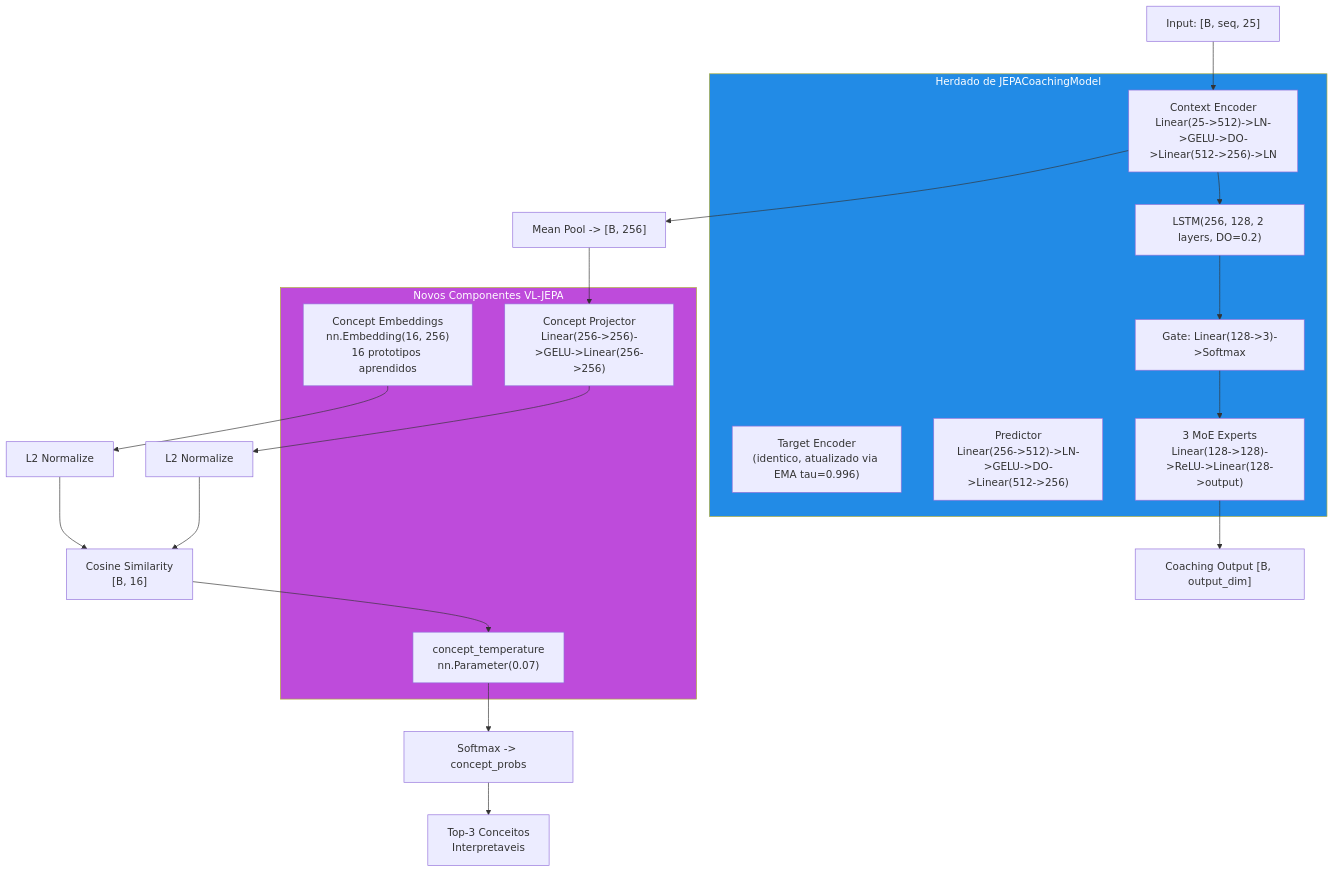
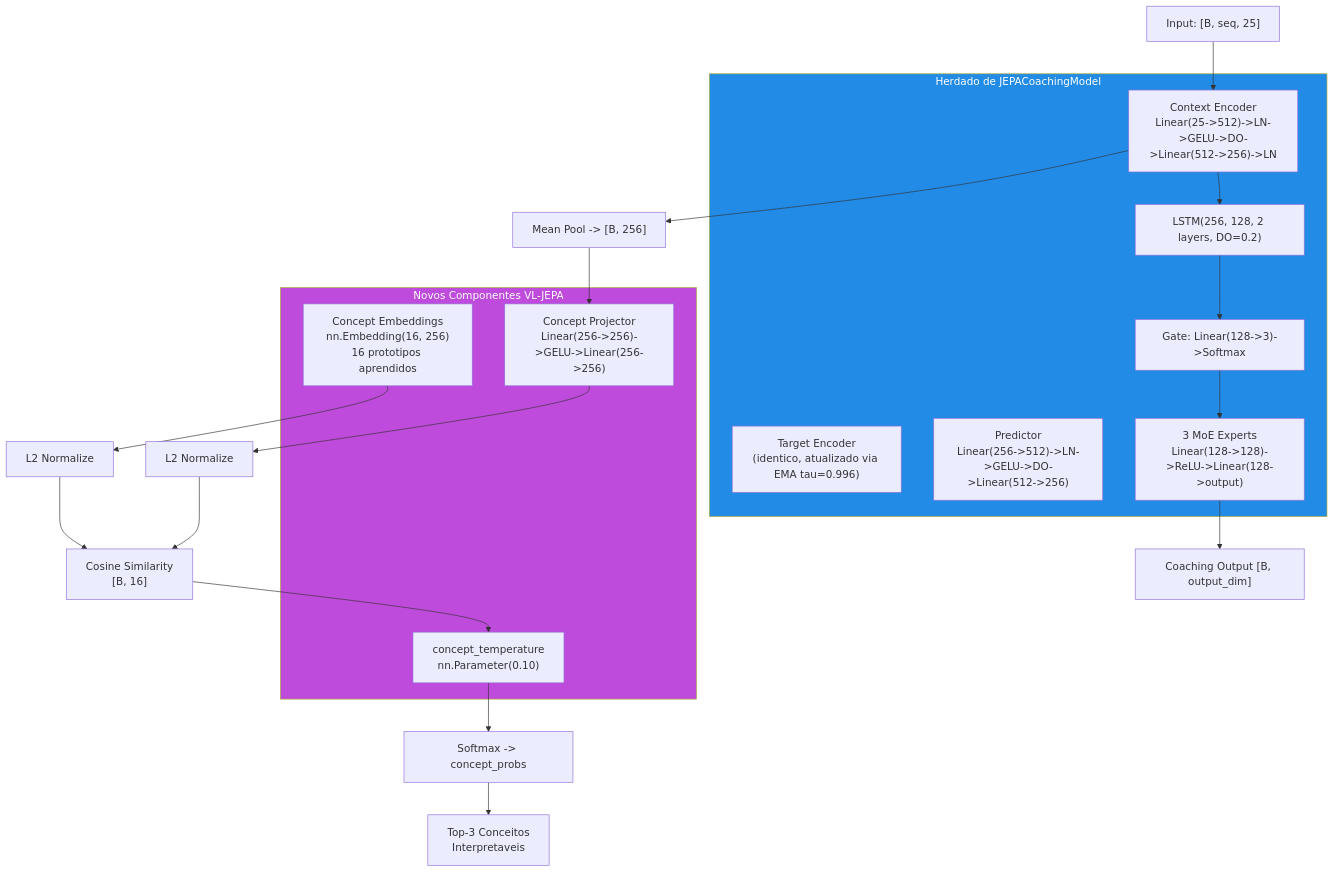
One commit to renanaugustomacena-ux/Counter-Strike-coach-AI changed the tenth of 22 diagrams in docs/books/Book-Coach-1A-pt.md. Above: the diagram before and after it, drawn with Mermaid. The commit also changed other lines of this file and 36 other files, not shown here.

````diff
--- a/docs/books/Book-Coach-1A-pt.md
+++ b/docs/books/Book-Coach-1A-pt.md
@@ -466,35 +469,35 @@
 ```mermaid
 flowchart TB
     subgraph PARENT["Herdado de JEPACoachingModel"]
         CE["Context Encoder<br/>Linear(25->512)->LN->GELU->DO->Linear(512->256)->LN"]
         TE["Target Encoder<br/>(identico, atualizado via EMA tau=0.996)"]
         PRED["Predictor<br/>Linear(256->512)->LN->GELU->DO->Linear(512->256)"]
         LSTM["LSTM(256, 128, 2 layers, DO=0.2)"]
         MOE["3 MoE Experts<br/>Linear(128->128)->ReLU->Linear(128->output)"]
         GATE["Gate: Linear(128->3)->Softmax"]
     end
     subgraph VLNEW["Novos Componentes VL-JEPA"]
         CEMB["Concept Embeddings<br/>nn.Embedding(16, 256)<br/>16 prototipos aprendidos"]
         CPROJ["Concept Projector<br/>Linear(256->256)->GELU->Linear(256->256)"]
-        CTEMP["concept_temperature<br/>nn.Parameter(0.07)"]
+        CTEMP["concept_temperature<br/>nn.Parameter(0.10)"]
     end
 
     X["Input: [B, seq, 25]"] --> CE
     CE --> POOL["Mean Pool -> [B, 256]"]
     POOL --> CPROJ
     CPROJ --> NORM1["L2 Normalize"]
     CEMB --> NORM2["L2 Normalize"]
     NORM1 --> SIM["Cosine Similarity<br/>[B, 16]"]
     NORM2 --> SIM
     SIM --> CTEMP
     CTEMP --> SOFT["Softmax -> concept_probs"]
     SOFT --> TOP3["Top-3 Conceitos<br/>Interpretaveis"]
 
     CE --> LSTM
     LSTM --> GATE
     GATE --> MOE
     MOE --> COUT["Coaching Output [B, output_dim]"]
 
     style VLNEW fill:#be4bdb,color:#fff
     style PARENT fill:#228be6,color:#fff
 ```
````
